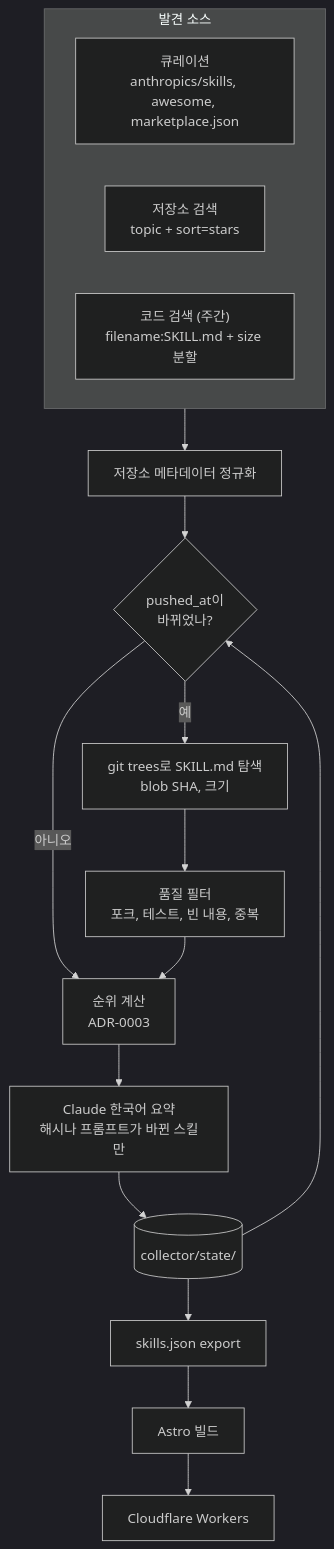
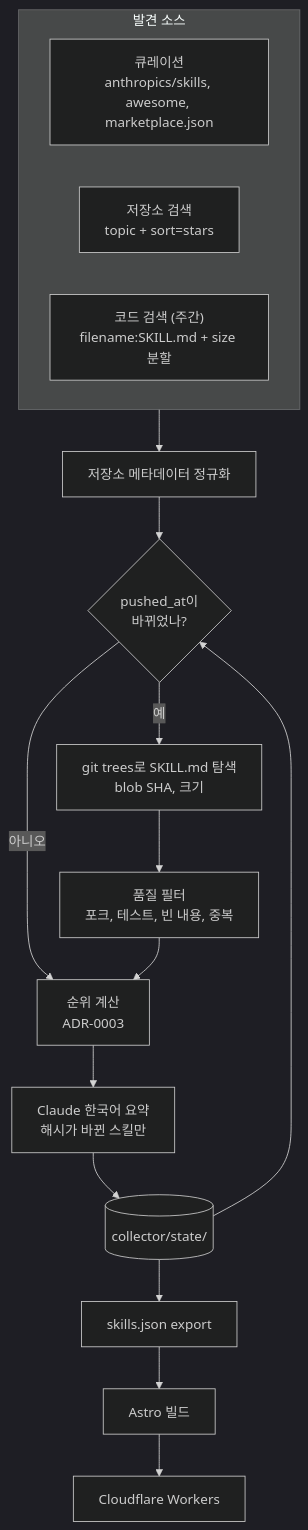
The diagram in docs/data-flow.md (jhs3104/skillmoa), drawn with Mermaid (dark theme) before and after one commit. The commit also changed 16 other files, not shown here.

First line of the commit message:
Summarize skills in Korean with validated Claude output

````diff
--- a/docs/data-flow.md
+++ b/docs/data-flow.md
@@ -3,21 +3,21 @@
 ```mermaid
 flowchart TD
     subgraph sources["발견 소스"]
         curated["큐레이션<br/>anthropics/skills, awesome, marketplace.json"]
         topics["저장소 검색<br/>topic + sort=stars"]
         code["코드 검색 (주간)<br/>filename:SKILL.md + size 분할"]
     end
     state[("collector/state/")]
     sources --> metadata["저장소 메타데이터 정규화"]
     metadata --> gate{"pushed_at이<br/>바뀌었나?"}
     state --> gate
     gate -- 예 --> tree["git trees로 SKILL.md 탐색<br/>blob SHA, 크기"]
     gate -- 아니오 --> rank
     tree --> filter["품질 필터<br/>포크, 테스트, 빈 내용, 중복"]
     filter --> rank["순위 계산<br/>ADR-0003"]
-    rank --> summarize["Claude 한국어 요약<br/>해시나 프롬프트가 바뀐 스킬만"]
+    rank --> summarize["Claude 한국어 요약<br/>해시가 바뀐 스킬만"]
     summarize --> state
     state --> export["skills.json export"]
     export --> site["Astro 빌드"]
     site --> workers["Cloudflare Workers"]
 ```
````
